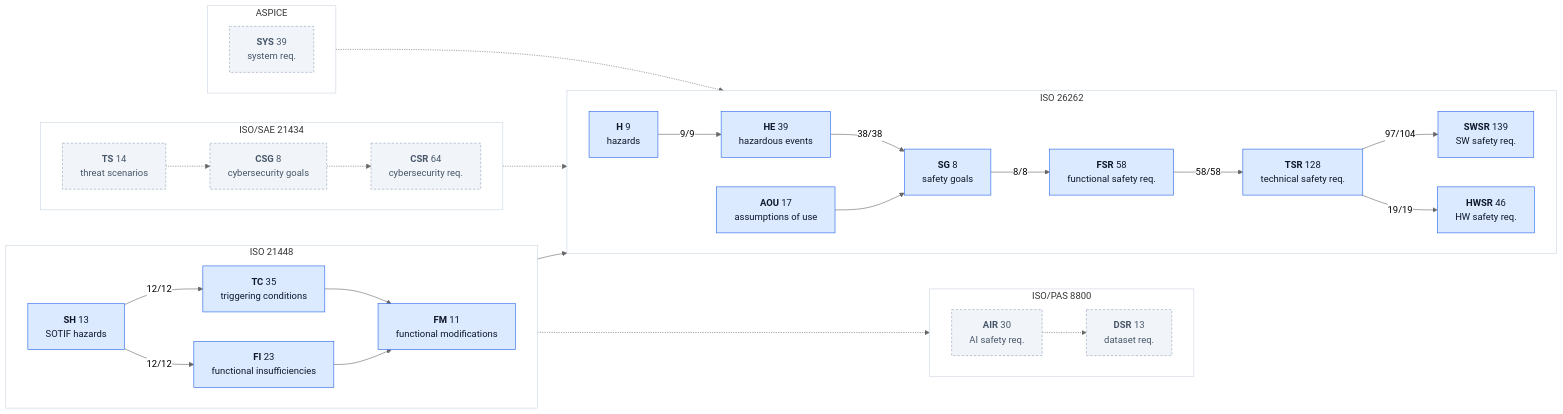
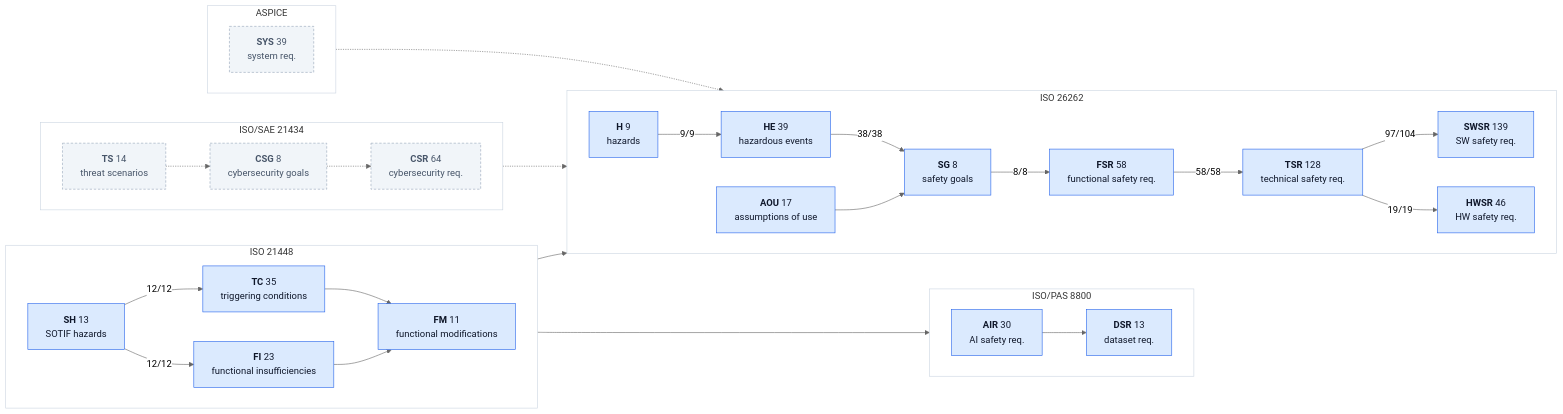
One commit to jherrodthomas/LionDriver changed the second of 2 diagrams in assurance/trace/maps/aspice-trace-map.md. Above: the diagram before and after it, drawn with Mermaid (neutral theme). The commit also changed other lines of this file and 15 other files, not shown here.

First line of the commit message:
Trace: bring the AI lane (AIR, DSR) into the trace data

````diff
--- a/assurance/trace/maps/aspice-trace-map.md
+++ b/assurance/trace/maps/aspice-trace-map.md
@@ -188,61 +188,61 @@
 ```mermaid
 flowchart LR
   subgraph ISO26262["ISO 26262"]
     direction LR
     kH["<b>H</b> 9<br/>hazards"]:::traced
     kHE["<b>HE</b> 39<br/>hazardous events"]:::traced
     kSG["<b>SG</b> 8<br/>safety goals"]:::traced
     kFSR["<b>FSR</b> 58<br/>functional safety req."]:::traced
     kTSR["<b>TSR</b> 128<br/>technical safety req."]:::traced
     kSWSR["<b>SWSR</b> 139<br/>SW safety req."]:::traced
     kHWSR["<b>HWSR</b> 46<br/>HW safety req."]:::traced
     kAOU["<b>AOU</b> 17<br/>assumptions of use"]:::traced
   end
   style ISO26262 fill:#FFFFFF,stroke:#CBD5E1
   subgraph ISO21448["ISO 21448"]
     direction LR
     kSH["<b>SH</b> 13<br/>SOTIF hazards"]:::traced
     kTC["<b>TC</b> 35<br/>triggering conditions"]:::traced
     kFI["<b>FI</b> 23<br/>functional insufficiencies"]:::traced
     kFM["<b>FM</b> 11<br/>functional modifications"]:::traced
   end
   style ISO21448 fill:#FFFFFF,stroke:#CBD5E1
   subgraph ISOPAS8800["ISO/PAS 8800"]
     direction LR
-    kAIR["<b>AIR</b> 30<br/>AI safety req."]:::doc
-    kDSR["<b>DSR</b> 13<br/>dataset req."]:::doc
+    kAIR["<b>AIR</b> 30<br/>AI safety req."]:::traced
+    kDSR["<b>DSR</b> 13<br/>dataset req."]:::traced
   end
   style ISOPAS8800 fill:#FFFFFF,stroke:#CBD5E1
   subgraph ISOSAE21434["ISO/SAE 21434"]
     direction LR
     kTS["<b>TS</b> 14<br/>threat scenarios"]:::doc
     kCSG["<b>CSG</b> 8<br/>cybersecurity goals"]:::doc
     kCSR["<b>CSR</b> 64<br/>cybersecurity req."]:::doc
   end
   style ISOSAE21434 fill:#FFFFFF,stroke:#CBD5E1
   subgraph ASPICE["ASPICE"]
     direction LR
     kSYS["<b>SYS</b> 39<br/>system req."]:::doc
   end
   style ASPICE fill:#FFFFFF,stroke:#CBD5E1
   kH -->|"9/9"| kHE
   kHE -->|"38/38"| kSG
   kSG -->|"8/8"| kFSR
   kFSR -->|"58/58"| kTSR
   kTSR -->|"97/104"| kSWSR
   kTSR -->|"19/19"| kHWSR
   kAOU --> kSG
   kSH -->|"12/12"| kTC
   kSH -->|"12/12"| kFI
   kTC --> kFM
   kFI --> kFM
   kSH --> kH
-  kFI -.-> kAIR
-  kAIR -.-> kDSR
+  kFI --> kAIR
+  kAIR --> kDSR
   kTS -.-> kCSG
   kCSG -.-> kCSR
   kCSG -.-> kSG
   kSYS -.-> kTSR
   classDef traced fill:#DBEAFE,stroke:#2563EB,color:#0F172A
   classDef doc fill:#F1F5F9,stroke:#94A3B8,stroke-dasharray:4 3,color:#475569
 ```
````
